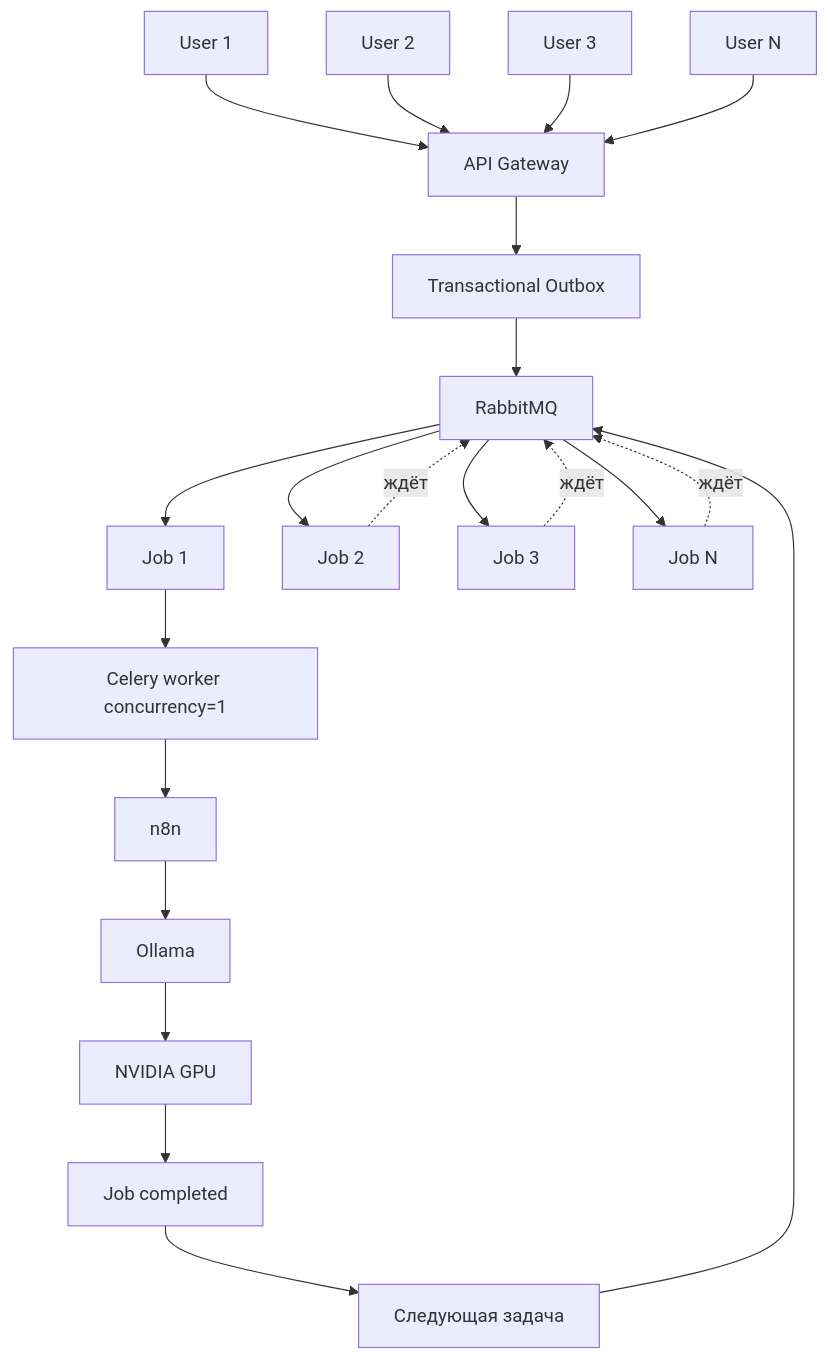
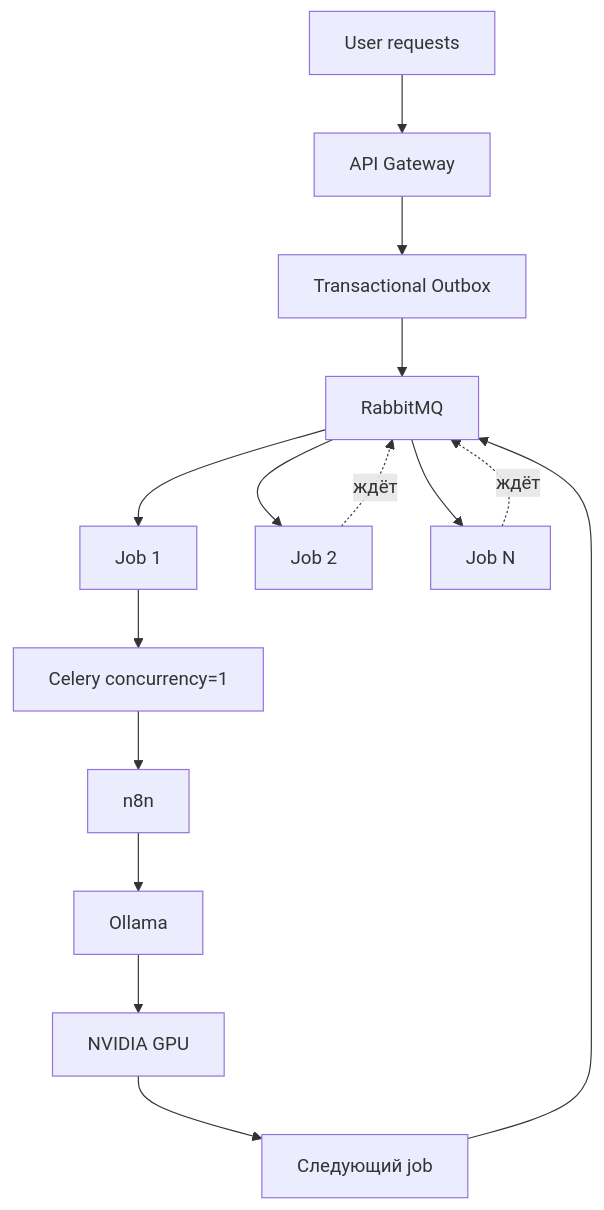
One commit to Amadu-A/PDRD-validation changed the eighth of 8 diagrams in README.md. Above: the diagram before and after it, drawn with Mermaid. The commit also changed other lines of this file and 7 other files, not shown here.

````diff
--- a/README.md
+++ b/README.md
@@ -203,28 +479,19 @@
 ```mermaid
 flowchart TD
-    U1[User 1] --> API[API Gateway]
-    U2[User 2] --> API
-    U3[User 3] --> API
-    UN[User N] --> API
-
-    API --> OUTBOX[Transactional Outbox]
-    OUTBOX --> RMQ[RabbitMQ]
-
+    USERS[User requests] --> GW[API Gateway]
+    GW --> OUT[Transactional Outbox]
+    OUT --> RMQ[RabbitMQ]
     RMQ --> J1[Job 1]
     RMQ --> J2[Job 2]
-    RMQ --> J3[Job 3]
     RMQ --> JN[Job N]
 
-    J1 --> W[Celery worker concurrency=1]
+    J1 --> W[Celery concurrency=1]
     J2 -. ждёт .-> RMQ
-    J3 -. ждёт .-> RMQ
     JN -. ждёт .-> RMQ
 
     W --> N8N[n8n]
-    N8N --> OLLAMA[Ollama]
-    OLLAMA --> GPU[NVIDIA GPU]
-
-    GPU --> DONE[Job completed]
-    DONE --> NEXT[Следующая задача]
+    N8N --> OL[Ollama]
+    OL --> GPU[NVIDIA GPU]
+    GPU --> NEXT[Следующий job]
     NEXT --> RMQ
 ```
````
